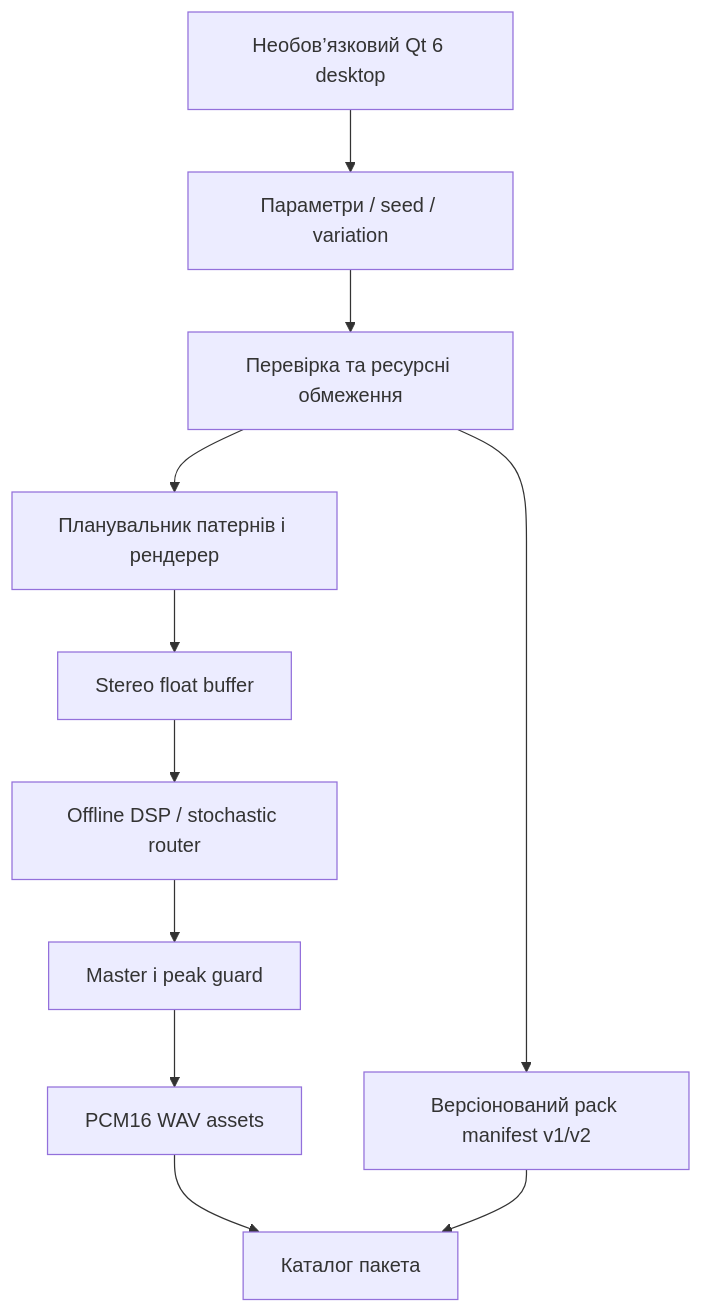
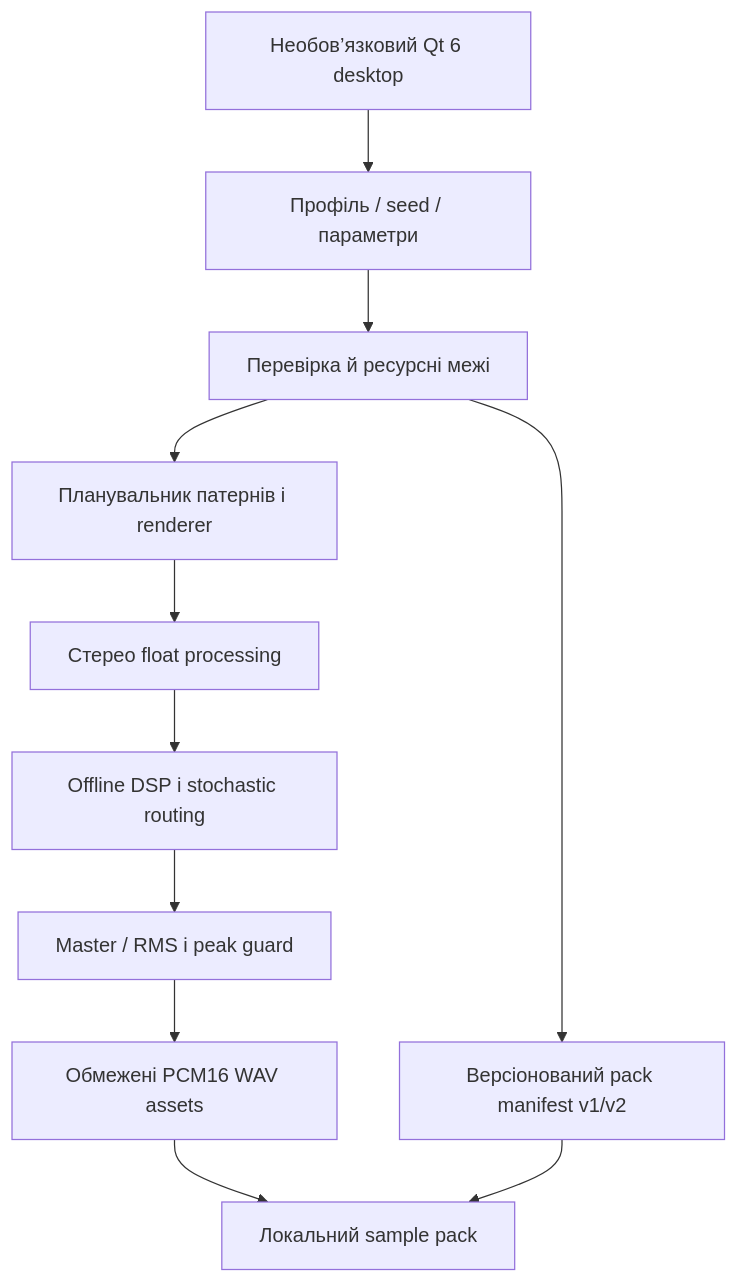
One commit to Ivan-VHS/VentuSample changed the diagram in README.uk.md. Above: the diagram before and after it, drawn with Mermaid. The commit also changed other lines of this file, not shown here.

```diff
--- a/README.uk.md
+++ b/README.uk.md
@@ -38,13 +17,13 @@
 ~~~mermaid
 flowchart TB
-  U["Параметри / seed / variation"] --> V["Перевірка та ресурсні обмеження"]
-  V --> G["Планувальник патернів і рендерер"]
-  G --> F["Stereo float buffer"]
-  F --> D["Offline DSP / stochastic router"]
-  D --> M["Master і peak guard"]
-  M --> W["PCM16 WAV assets"]
+  U["Профіль / seed / параметри"] --> V["Перевірка й ресурсні межі"]
+  V --> G["Планувальник патернів і renderer"]
+  G --> F["Стерео float processing"]
+  F --> D["Offline DSP і stochastic routing"]
+  D --> M["Master / RMS і peak guard"]
+  M --> W["Обмежені PCM16 WAV assets"]
   V --> J["Версіонований pack manifest v1/v2"]
-  W --> P["Каталог пакета"]
+  W --> P["Локальний sample pack"]
   J --> P
   Q["Необов’язковий Qt 6 desktop"] --> U
 ~~~
```
